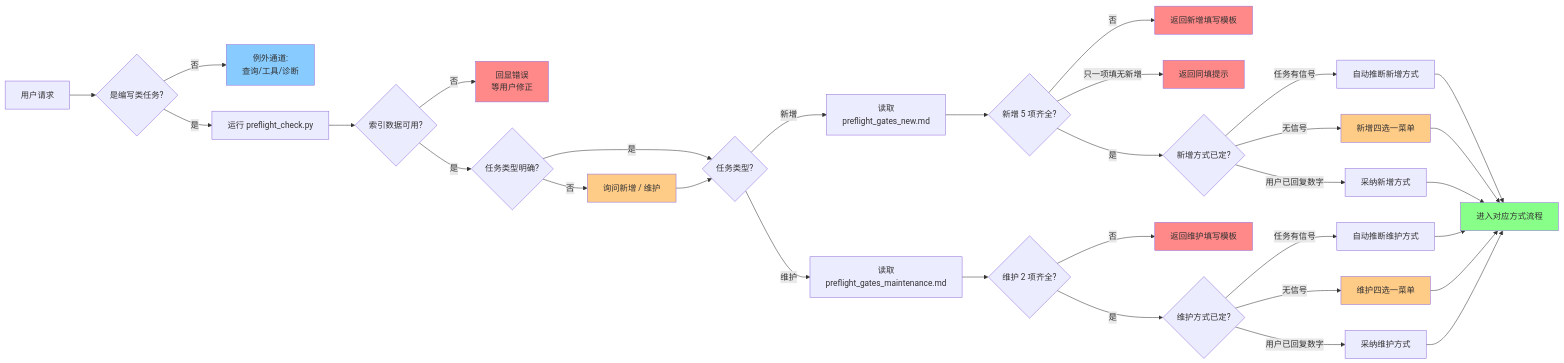
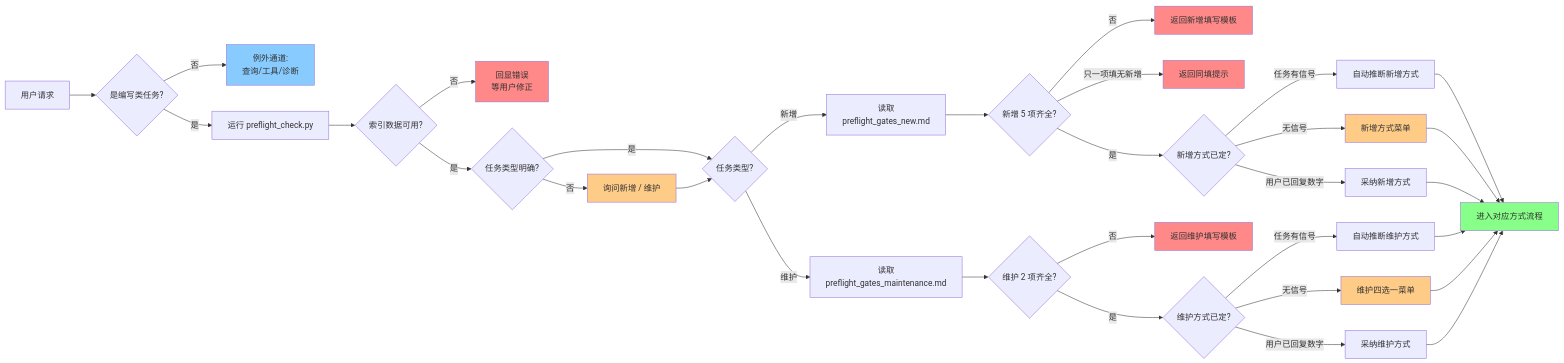
The second of 15 diagrams in flow_chart/flow.md (buer2233/ai-api-test-skill), drawn with Mermaid before and after one commit. The commit also changed other lines of this file and 8 other files, not shown here.

````diff
--- a/flow_chart/flow.md
+++ b/flow_chart/flow.md
@@ -92,50 +94,50 @@
 ```mermaid
 flowchart LR
     Q1[用户请求] --> G1{是编写类任务?}
     G1 -- 否 --> PassThru[例外通道:<br/>查询/工具/诊断]
     G1 -- 是 --> G0[运行 preflight_check.py]
     G0 --> G0R{索引数据可用?}
     G0R -- 否 --> G0Fail[回显错误<br/>等用户修正]
     G0R -- 是 --> G1T{任务类型明确?}
 
     G1T -- 否 --> AskType[询问新增 / 维护]
     G1T -- 是 --> TypeRoute{任务类型?}
     AskType --> TypeRoute
 
     TypeRoute -- 新增 --> ReadN[读取<br/>preflight_gates_new.md]
     TypeRoute -- 维护 --> ReadM[读取<br/>preflight_gates_maintenance.md]
 
     ReadN --> NInfo{新增 5 项齐全?}
     NInfo -- 否 --> Ret1[返回新增填写模板]
     NInfo -- 只一项填无新增 --> Ret2[返回同填提示]
     NInfo -- 是 --> NMode{新增方式已定?}
 
     ReadM --> MInfo{维护 2 项齐全?}
     MInfo -- 否 --> RetM[返回维护填写模板]
     MInfo -- 是 --> MMode{维护方式已定?}
 
     NMode -- 任务有信号 --> AutoN[自动推断新增方式]
-    NMode -- 无信号 --> AskN[新增四选一菜单]
+    NMode -- 无信号 --> AskN[新增方式菜单]
     NMode -- 用户已回复数字 --> TakeN[采纳新增方式]
 
     MMode -- 任务有信号 --> AutoM[自动推断维护方式]
     MMode -- 无信号 --> AskM[维护四选一菜单]
     MMode -- 用户已回复数字 --> TakeM[采纳维护方式]
 
     AutoN --> Go[进入对应方式流程]
     AskN --> Go
     TakeN --> Go
     AutoM --> Go
     AskM --> Go
     TakeM --> Go
 
     style G0Fail fill:#f88
     style Ret1 fill:#f88
     style RetM fill:#f88
     style Ret2 fill:#f88
     style AskType fill:#fc8
     style AskN fill:#fc8
     style AskM fill:#fc8
     style PassThru fill:#8cf
     style Go fill:#8f8
 ```
````
